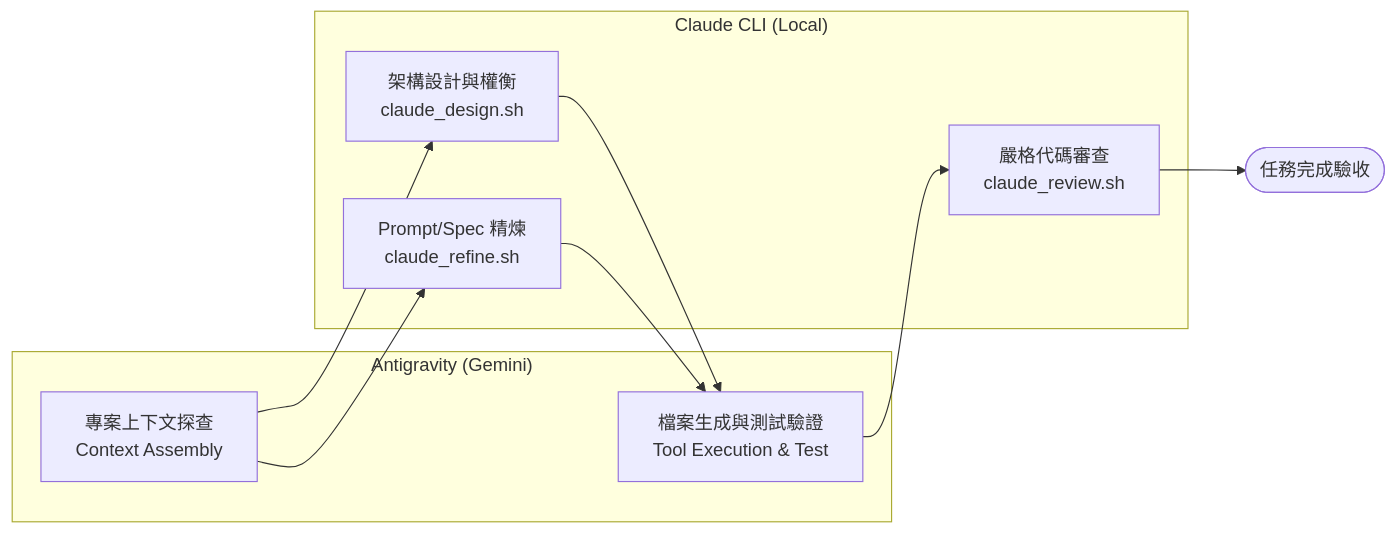
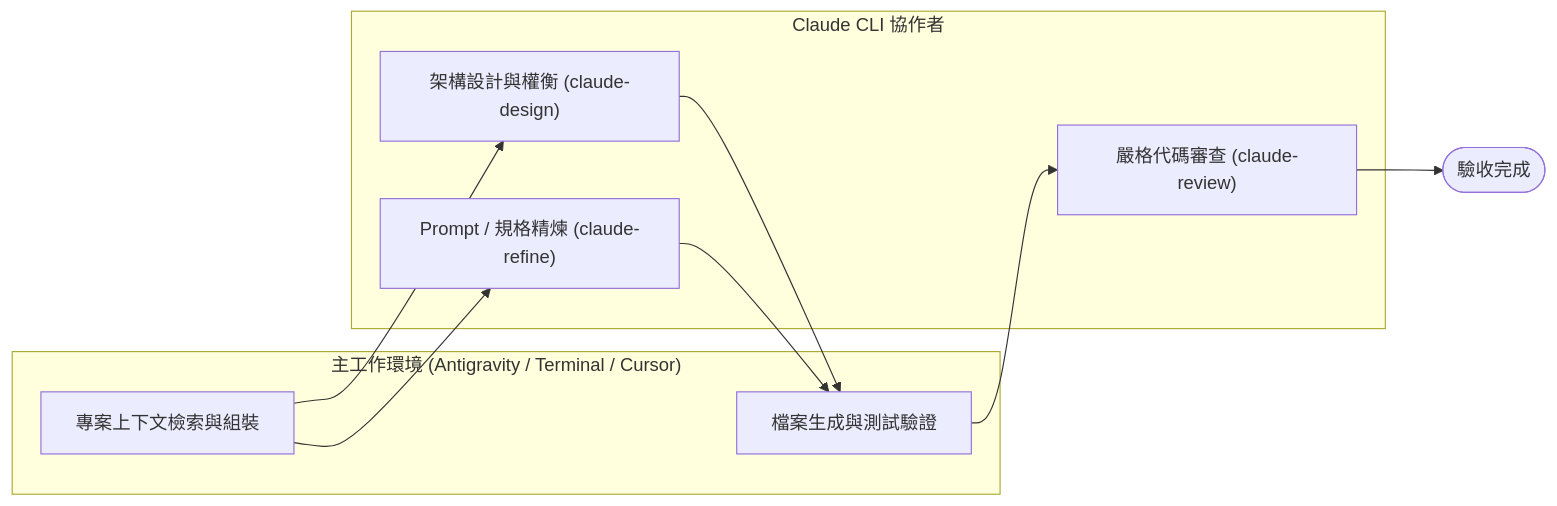
The diagram in README.md (gogog22510/agent-collaborator), drawn with Mermaid before and after one commit. The commit also changed other lines of this file and 4 other files, not shown here.

Commit message:
feat: decouple architecture, add modular installer and multi-platform templates

````diff
--- a/README.md
+++ b/README.md
@@ -16,17 +29,17 @@
 ```mermaid
 flowchart LR
-    subgraph Antigravity["Antigravity (Gemini)"]
-        Context["專案上下文探查<br/>Context Assembly"]
-        Exec["檔案生成與測試驗證<br/>Tool Execution & Test"]
+    subgraph Host["主工作環境 (Antigravity / Terminal / Cursor)"]
+        Context["專案上下文檢索與組裝"]
+        Exec["檔案生成與測試驗證"]
     end
 
-    subgraph Claude["Claude CLI (Local)"]
-        Design["架構設計與權衡<br/>claude_design.sh"]
-        Refine["Prompt/Spec 精煉<br/>claude_refine.sh"]
-        Review["嚴格代碼審查<br/>claude_review.sh"]
+    subgraph Claude["Claude CLI 協作者"]
+        Design["架構設計與權衡 (claude-design)"]
+        Refine["Prompt / 規格精煉 (claude-refine)"]
+        Review["嚴格代碼審查 (claude-review)"]
     end
 
     Context --> Design --> Exec
     Context --> Refine --> Exec
-    Exec --> Review --> Done(["任務完成驗收"])
+    Exec --> Review --> Done(["驗收完成"])
 ```
````
